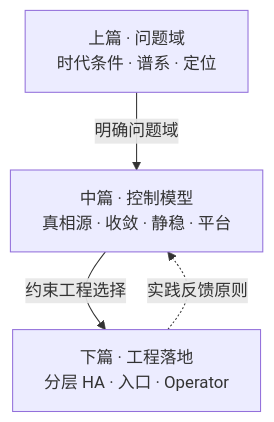
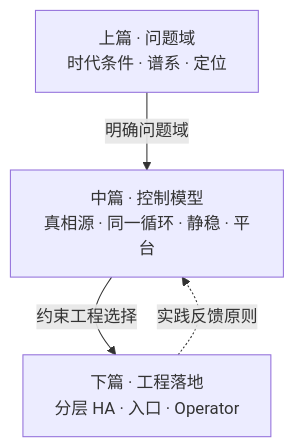
One commit to xiaxinyu/knowledge_base changed the first of 6 diagrams in 20-architecture/23-kubernetes-control-plane-doctrine.md. Above: the diagram before and after it, drawn with Mermaid. The commit also changed other lines of this file, not shown here.

````diff
--- a/20-architecture/23-kubernetes-control-plane-doctrine.md
+++ b/20-architecture/23-kubernetes-control-plane-doctrine.md
@@ -52,11 +55,11 @@
 ```mermaid
 %% K8s 设计全景：问题域约束原则，原则约束落地
 flowchart TB
   Ctx["上篇 · 问题域<br/>时代条件 · 谱系 · 定位"]
-  Prin["中篇 · 控制模型<br/>真相源 · 收敛 · 静稳 · 平台"]
+  Prin["中篇 · 控制模型<br/>真相源 · 同一循环 · 静稳 · 平台"]
   Eng["下篇 · 工程落地<br/>分层 HA · 入口 · Operator"]
 
   Ctx -->|"明确问题域"| Prin
   Prin -->|"约束工程选择"| Eng
   Eng -.->|"实践反馈原则"| Prin
 ```
````
